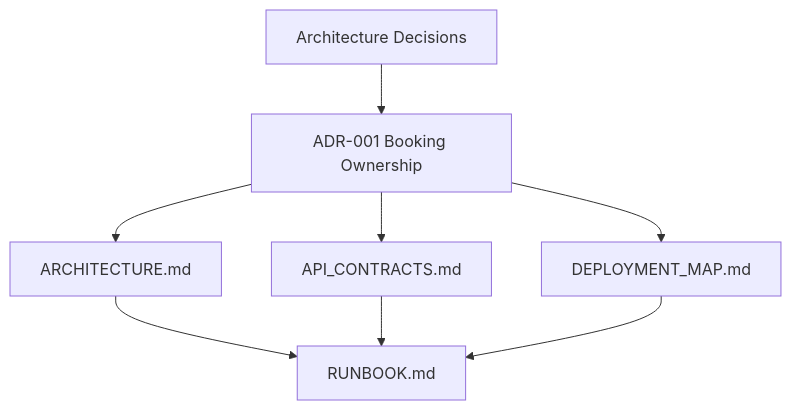
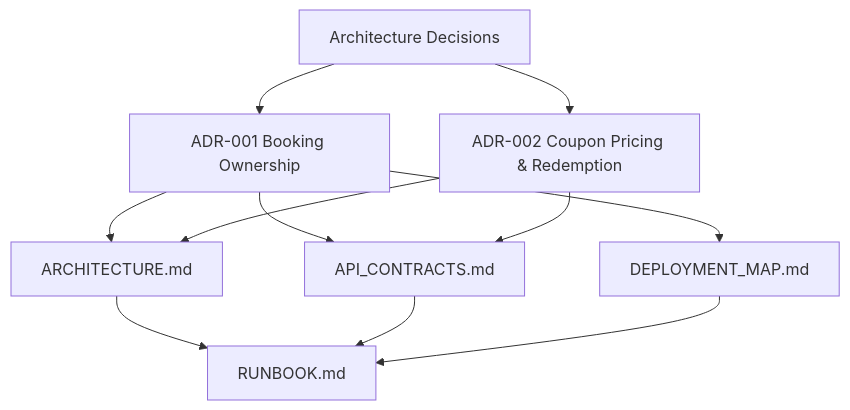
The first of 2 diagrams in docs/decisions/README.md (adminmadusa/MAD-Entertrainment), drawn with Mermaid before and after one commit. The commit also changed 1 other file, not shown here.

Commit message:
refactor(promo): establish pricing and redemption ownership via ADR-002

````diff
--- a/docs/decisions/README.md
+++ b/docs/decisions/README.md
@@ -45,10 +45,13 @@
 ```mermaid
 graph TD
     Decisions["Architecture Decisions"] --> ADR001["ADR-001 Booking Ownership"]
+    Decisions --> ADR002["ADR-002 Coupon Pricing & Redemption"]
     ADR001 --> ARCH["ARCHITECTURE.md"]
     ADR001 --> API["API_CONTRACTS.md"]
     ADR001 --> DEPL["DEPLOYMENT_MAP.md"]
+    ADR002 --> ARCH
+    ADR002 --> API
     ARCH --> RUN["RUNBOOK.md"]
     API --> RUN
     DEPL --> RUN
 ```
````
